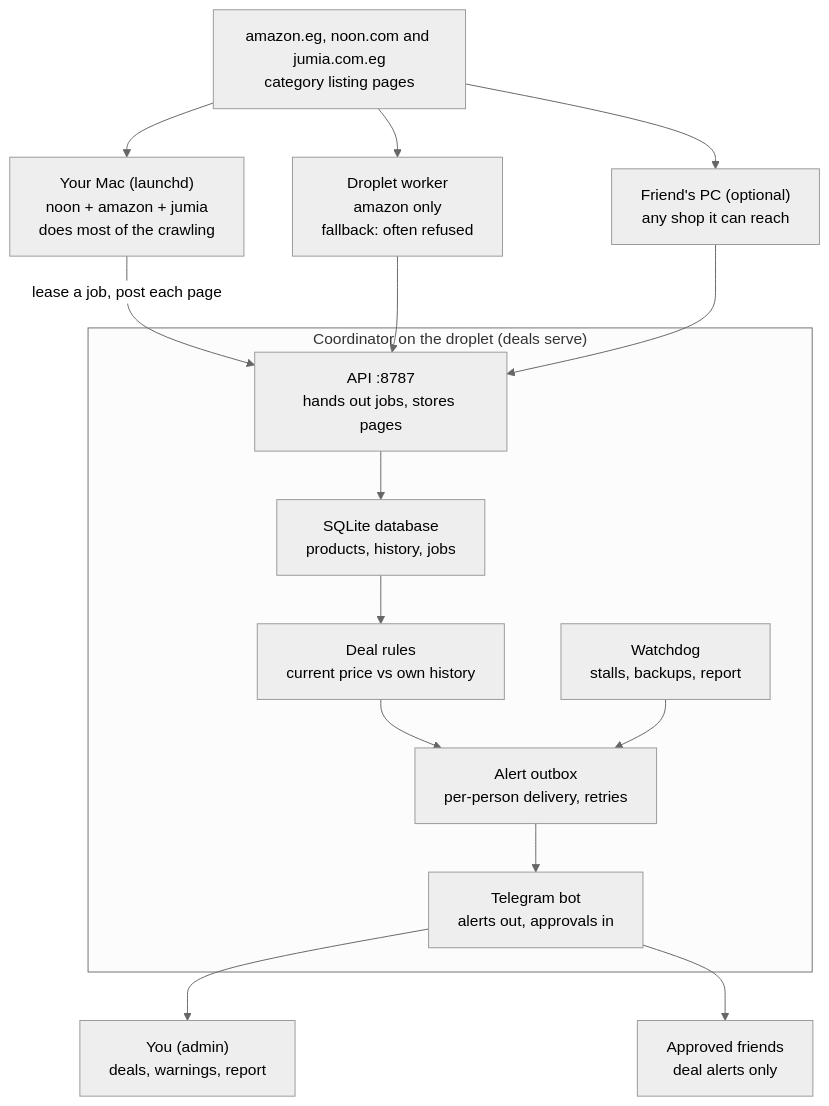
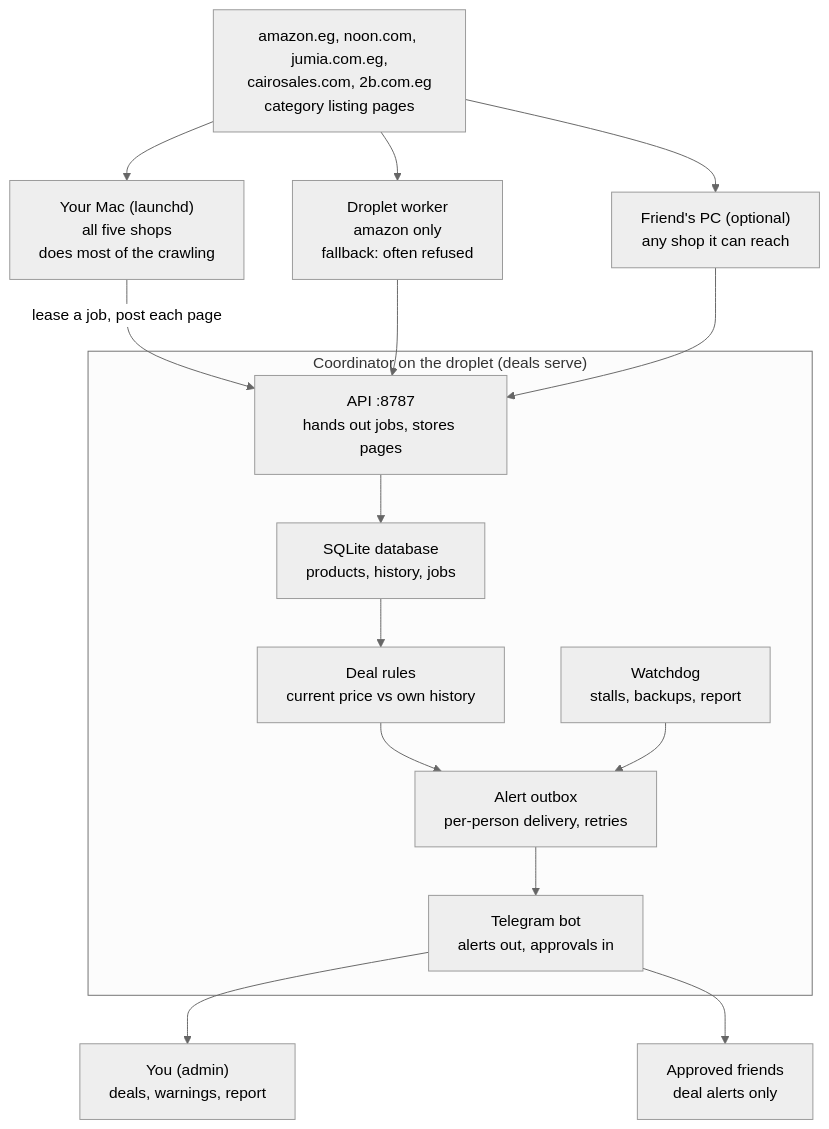
The first of 3 diagrams in docs/GUIDE.md (mohamed-mahmoud377/e-commerce-discounts-alert), drawn with Mermaid (neutral theme) before and after one commit. The commit also changed other lines of this file and 25 other files, not shown here.

First line of the commit message:
Add Cairo Sales (cairosales.com) and 2B (2b.com.eg) as shops; jobs tab sorted by next due

````diff
--- a/docs/GUIDE.md
+++ b/docs/GUIDE.md
@@ -31,17 +31,17 @@
 ```mermaid
 flowchart TB
-    shops["amazon.eg, noon.com and jumia.com.eg<br/>category listing pages"]
-    shops --> mac["Your Mac (launchd)<br/>noon + amazon + jumia<br/>does most of the crawling"]
+    shops["amazon.eg, noon.com, jumia.com.eg,<br/>cairosales.com, 2b.com.eg<br/>category listing pages"]
+    shops --> mac["Your Mac (launchd)<br/>all five shops<br/>does most of the crawling"]
     shops --> dw["Droplet worker<br/>amazon only<br/>fallback: often refused"]
     shops --> fr["Friend's PC (optional)<br/>any shop it can reach"]
     mac -- "lease a job, post each page" --> api
     dw --> api
     fr --> api
     subgraph coord["Coordinator on the droplet (deals serve)"]
         api["API :8787<br/>hands out jobs, stores pages"] --> dbx["SQLite database<br/>products, history, jobs"] --> rules["Deal rules<br/>current price vs own history"]
         rules --> outbox["Alert outbox<br/>per-person delivery, retries"]
         wd["Watchdog<br/>stalls, backups, report"] --> outbox --> bot["Telegram bot<br/>alerts out, approvals in"]
     end
     bot --> admin["You (admin)<br/>deals, warnings, report"]
     bot --> friends["Approved friends<br/>deal alerts only"]
 ```
````
